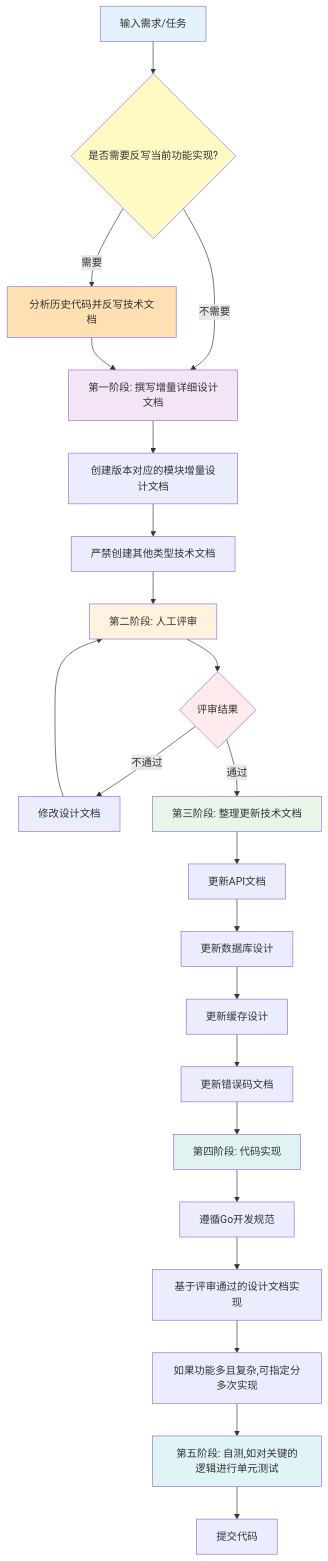
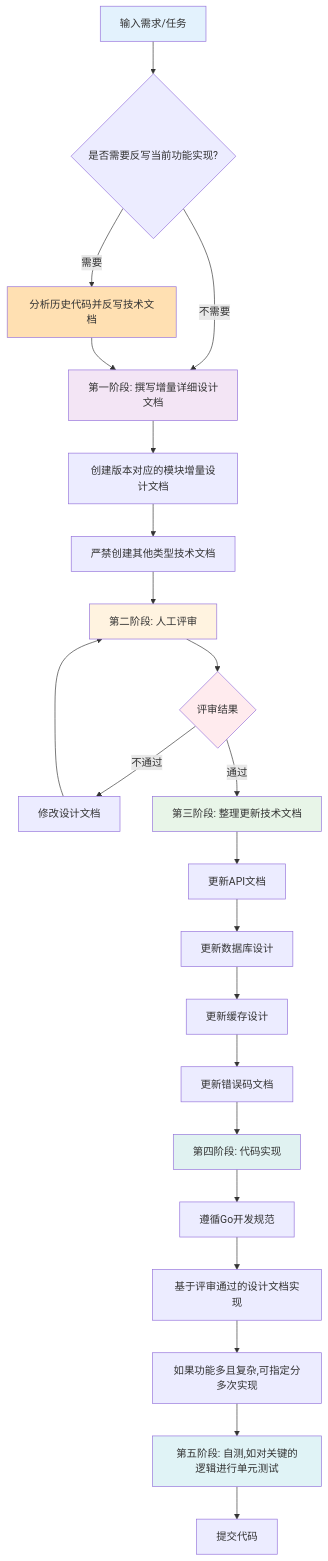
Before and after one commit to yingjianzh/iodraw-files: the diagram in all/未命名-3.md, drawn with Mermaid.

Commit message:
2025-10-23 17:58:15 update

````diff
--- a/all/未命名-3.md
+++ b/all/未命名-3.md
@@ -1,35 +1,34 @@
 ```mermaid
 flowchart TD
     A[输入需求/任务] --> B{是否需要反写当前功能实现?}
     B -->|需要| C[分析历史代码并反写技术文档]
     B -->|不需要| D[第一阶段: 撰写增量详细设计文档]
     C --> D
     
     D --> E[创建版本对应的模块增量设计文档]
     E --> F[严禁创建其他类型技术文档]
     F --> G[第二阶段: 人工评审]
     G --> H{评审结果}
     H -->|不通过| I[修改设计文档]
     I --> G
     H -->|通过| J[第三阶段: 整理更新技术文档]
     J --> K[更新API文档]
     K --> L[更新数据库设计]
     L --> M[更新缓存设计]
     M --> N[更新错误码文档]
     N --> O[第四阶段: 代码实现]
     O --> P[遵循Go开发规范]
     P --> Q[基于评审通过的设计文档实现]
     Q --> R[如果功能多且复杂,可指定分多次实现]
     R --> S[第五阶段: 自测,如对关键的逻辑进行单元测试]
     S --> T[提交代码]
     
     style A fill:#e3f2fd
-    style B fill:#fff9c4
     style C fill:#ffe0b2
     style D fill:#f3e5f5
     style G fill:#fff3e0
     style H fill:#ffebee
     style J fill:#e8f5e8
     style O fill:#e0f2f1
     style S fill:#e0f3f6
 ```
````
